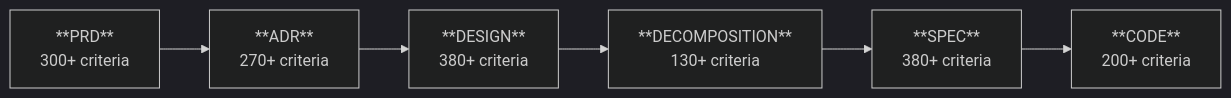
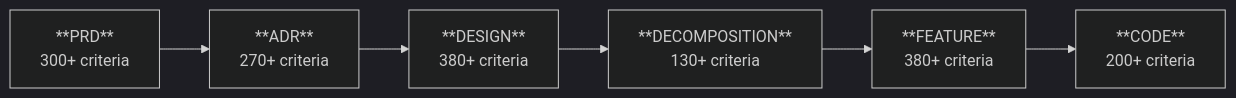
Before and after one commit to cyberfabric/cyber-pilot: the diagram in kits/sdlc/guides/QUICKSTART.md, drawn with Mermaid (dark theme). The commit also changed other lines of this file and 120 other files, not shown here.

````diff
--- a/kits/sdlc/guides/QUICKSTART.md
+++ b/kits/sdlc/guides/QUICKSTART.md
@@ -22,11 +22,11 @@
 ```mermaid
 flowchart LR
     PRD["**PRD**<br/>300+ criteria"]
     ADR["**ADR**<br/>270+ criteria"]
     DESIGN["**DESIGN**<br/>380+ criteria"]
     DECOMP["**DECOMPOSITION**<br/>130+ criteria"]
-    SPEC["**SPEC**<br/>380+ criteria"]
+    FEATURE["**FEATURE**<br/>380+ criteria"]
     CODE["**CODE**<br/>200+ criteria"]
 
-    PRD --> ADR --> DESIGN --> DECOMP --> SPEC --> CODE
+    PRD --> ADR --> DESIGN --> DECOMP --> FEATURE --> CODE
 ```
````
